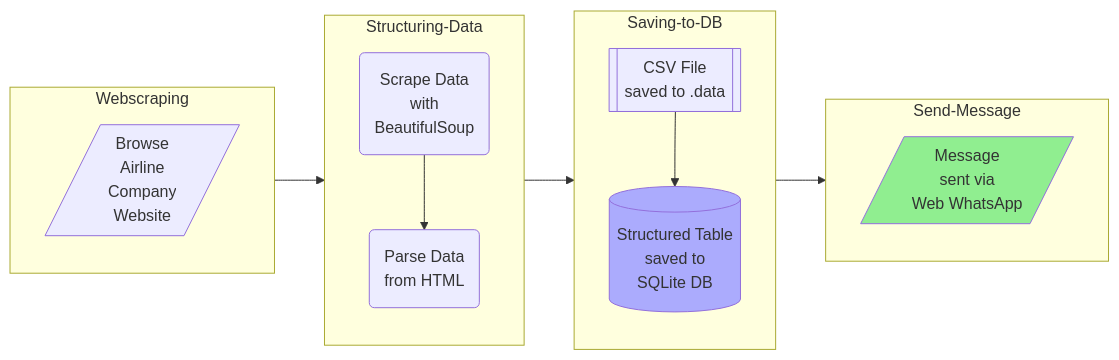
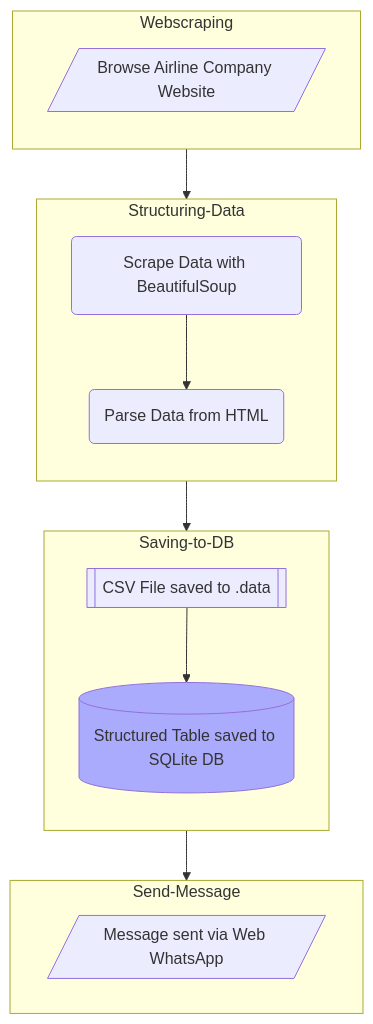
One commit to gurezende/Flight_Prices changed the diagram in README.md. Above: the diagram before and after it, drawn with Mermaid.

Commit message:
Upd:add project layout. Upd Documentation

````diff
--- a/README.md
+++ b/README.md
@@ -54,27 +54,26 @@
 ```mermaid
-flowchart LR
+flowchart TB
     subgraph Webscraping
         direction TB
-        Internet[/Browse\nAirline\nCompany\nWebsite/]
+        Internet[/Browse Airline Company Website/]
     end
 
     subgraph Structuring-Data
         direction TB
-        Scrape(Scrape Data\nwith\nBeautifulSoup ) --> Parsing(Parse Data\nfrom HTML)
+        Scrape(Scrape Data with BeautifulSoup ) --> Parsing(Parse Data from HTML)
     end
 
     subgraph Saving-to-DB
         direction TB
-        File[[CSV File\nsaved to .data]] --> DB[(Structured Table\n saved to\n SQLite DB)]
+        File[[CSV File saved to .data]] --> DB[(Structured Table saved to SQLite DB)]
         style DB fill: #ababfd
     end
 
 
     subgraph Send-Message
-        Message[/Message\nsent via\nWeb WhatsApp/]
-        style Message fill:#90EE90
+        Message[/Message sent via Web WhatsApp/]
     end
 
 Webscraping --> Structuring-Data --> Saving-to-DB --> Send-Message
 
 ```
````
